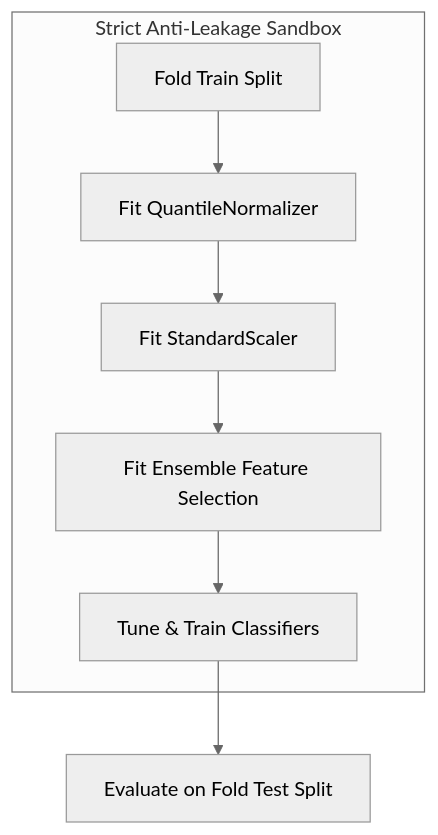
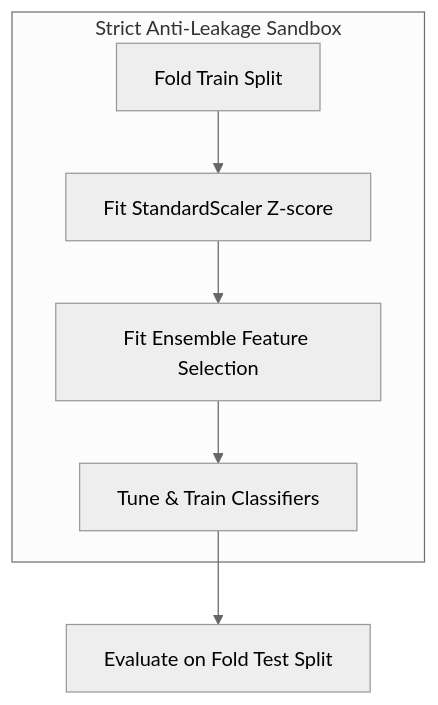
One commit to shubhamkjha369/OncoResolve-Breast-Cancer-Transcriptomics changed the diagram in README.md. Above: the diagram before and after it, drawn with Mermaid (neutral theme). The commit also changed other lines of this file, not shown here.

````diff
--- a/README.md
+++ b/README.md
@@ -193,10 +284,9 @@
 ```mermaid
 graph TD
     subgraph Sandbox [Strict Anti-Leakage Sandbox]
-        A[Fold Train Split] --> B[Fit QuantileNormalizer]
-        B --> C[Fit StandardScaler]
-        C --> D[Fit Ensemble Feature Selection]
-        D --> E[Tune & Train Classifiers]
+        A[Fold Train Split] --> B[Fit StandardScaler Z-score]
+        B --> C[Fit Ensemble Feature Selection]
+        C --> D[Tune & Train Classifiers]
     end
-    E --> F[Evaluate on Fold Test Split]
+    D --> E[Evaluate on Fold Test Split]
 ```
````
